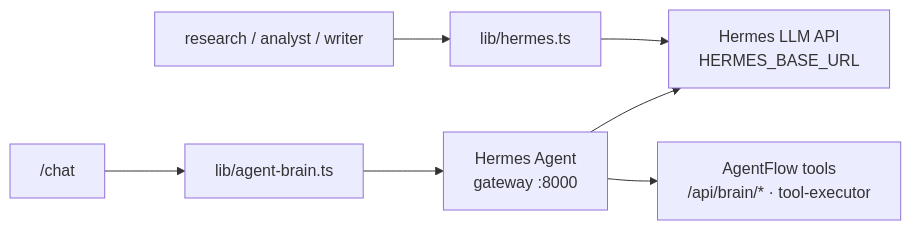
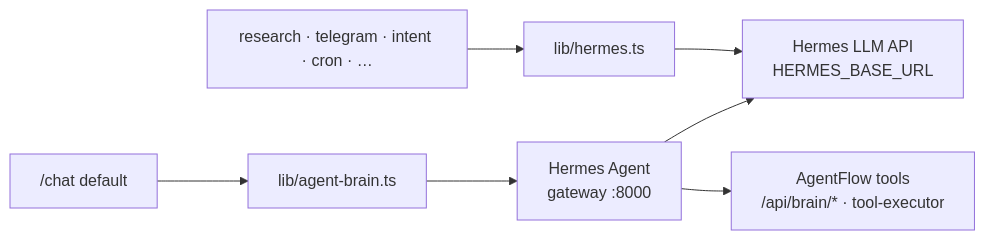
The first of 4 diagrams in README.md (Snehal707/Agentflow), drawn with Mermaid before and after one commit. The commit also changed other lines of this file, not shown here.

First line of the commit message:
Document when Hermes Agent vs plain Hermes LLM is used.

````diff
--- a/README.md
+++ b/README.md
@@ -48,9 +48,9 @@
 ```mermaid
 flowchart LR
-  Chat["/chat"] --> Brain["lib/agent-brain.ts"]
+  Chat["/chat default"] --> Brain["lib/agent-brain.ts"]
   Brain --> Agent["Hermes Agent\ngateway :8000"]
   Agent --> LLM["Hermes LLM API\nHERMES_BASE_URL"]
   Agent --> Tools["AgentFlow tools\n/api/brain/* · tool-executor"]
-  Research["research / analyst / writer"] --> Direct["lib/hermes.ts"]
+  Other["research · telegram · intent · cron · …"] --> Direct["lib/hermes.ts"]
   Direct --> LLM
 ```
````
